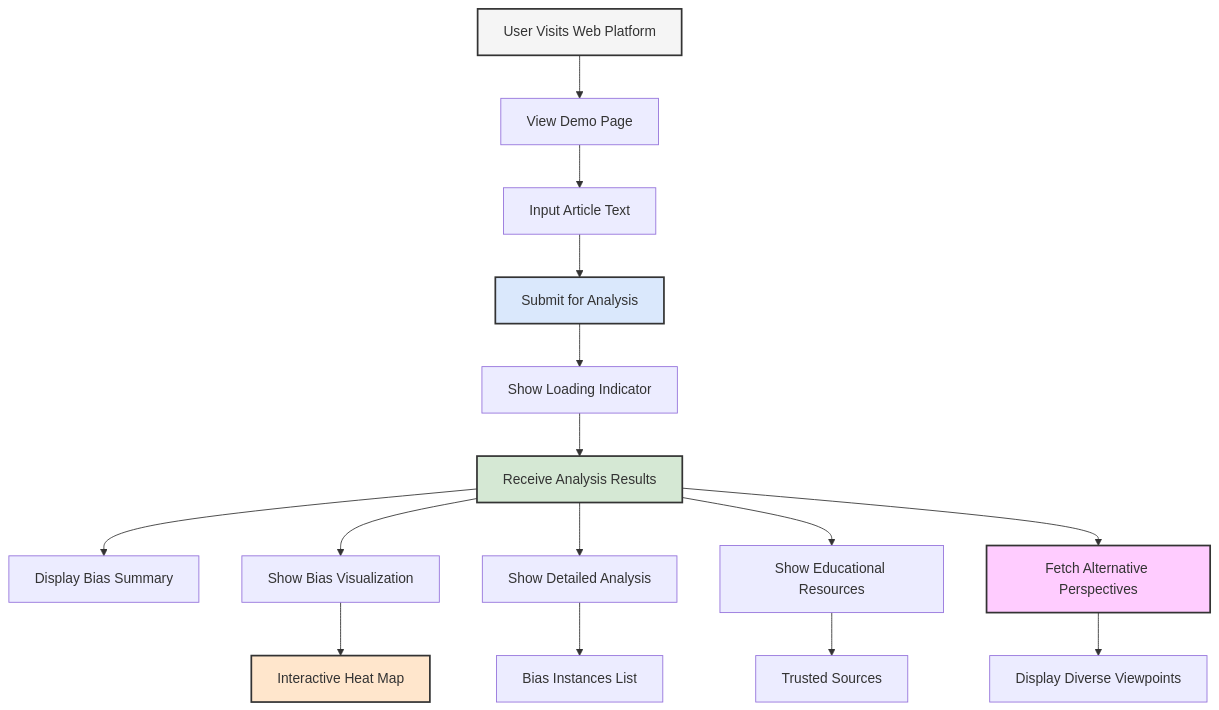
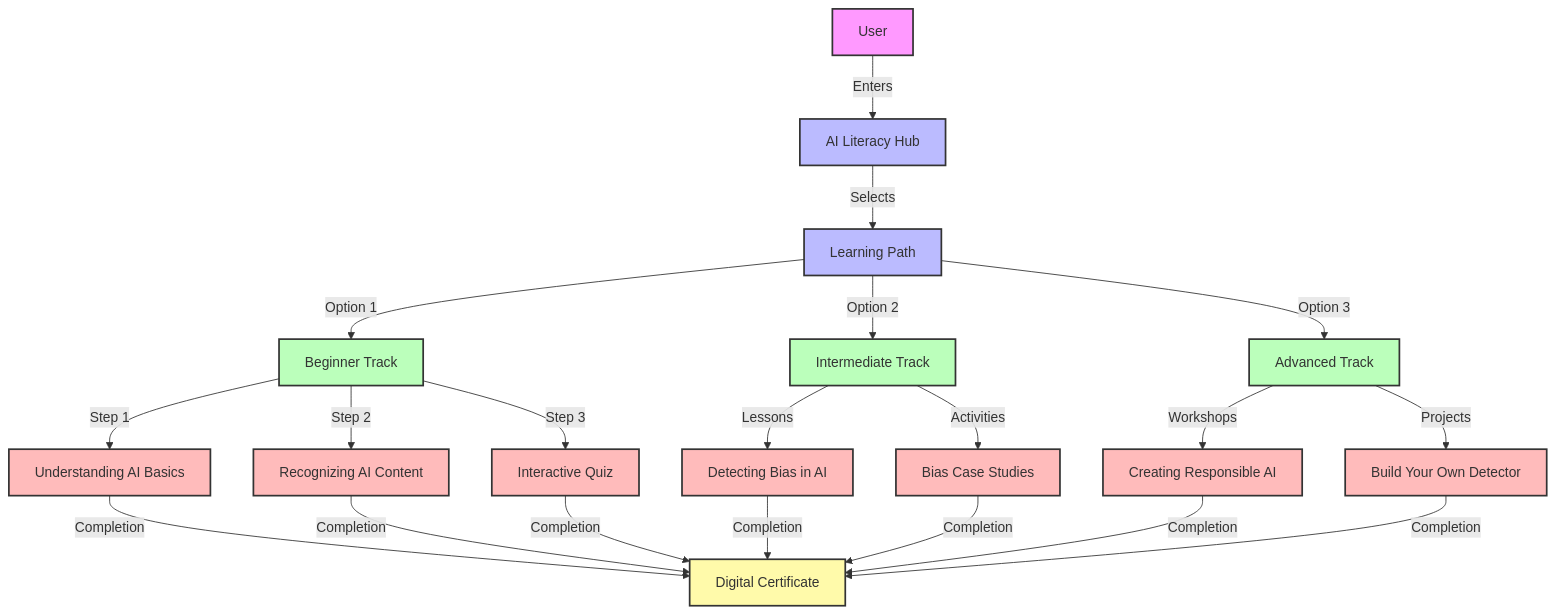
The fourth of 5 diagrams in FLOWCHART.md (amarzeus/Biasbuster), drawn with Mermaid before and after one commit. The commit also changed other lines of this file and 45 other files, not shown here.

````diff
--- a/FLOWCHART.md
+++ b/FLOWCHART.md
@@ -155,26 +89,36 @@
 ```mermaid
-flowchart TD
-    A[User Visits Web Platform] --> B[View Demo Page]
-    B --> C[Input Article Text]
-    C --> D[Submit for Analysis]
+graph TD
+    A[User] -->|Enters| B[AI Literacy Hub]
+    B -->|Selects| C[Learning Path]
     
-    D --> E[Show Loading Indicator]
-    E --> F[Receive Analysis Results]
+    C -->|Option 1| D[Beginner Track]
+    C -->|Option 2| E[Intermediate Track]
+    C -->|Option 3| F[Advanced Track]
     
-    F --> G[Display Bias Summary]
-    F --> H[Show Bias Visualization]
-    F --> I[Show Detailed Analysis]
-    F --> J[Show Educational Resources]
-    F --> N[Fetch Alternative Perspectives]
+    D -->|Step 1| G[Understanding AI Basics]
+    D -->|Step 2| H[Recognizing AI Content]
+    D -->|Step 3| I[Interactive Quiz]
     
-    H --> K[Interactive Heat Map]
-    I --> L[Bias Instances List]
-    J --> M[Trusted Sources]
-    N --> O[Display Diverse Viewpoints]
+    E -->|Lessons| J[Detecting Bias in AI]
+    E -->|Activities| K[Bias Case Studies]
     
-    style A fill:#f5f5f5,stroke:#333,stroke-width:2px
-    style D fill:#dae8fc,stroke:#333,stroke-width:2px
-    style F fill:#d5e8d4,stroke:#333,stroke-width:2px
-    style K fill:#ffe6cc,stroke:#333,stroke-width:2px
-    style N fill:#ffccff,stroke:#333,stroke-width:2px
+    F -->|Workshops| L[Creating Responsible AI]
+    F -->|Projects| M[Build Your Own Detector]
+    
+    G & H & I & J & K & L & M -->|Completion| N[Digital Certificate]
+    
+    style A fill:#f9f,stroke:#333,stroke-width:2px
+    style B fill:#bbf,stroke:#333,stroke-width:2px
+    style C fill:#bbf,stroke:#333,stroke-width:2px
+    style D fill:#bfb,stroke:#333,stroke-width:2px
+    style E fill:#bfb,stroke:#333,stroke-width:2px
+    style F fill:#bfb,stroke:#333,stroke-width:2px
+    style G fill:#fbb,stroke:#333,stroke-width:2px
+    style H fill:#fbb,stroke:#333,stroke-width:2px
+    style I fill:#fbb,stroke:#333,stroke-width:2px
+    style J fill:#fbb,stroke:#333,stroke-width:2px
+    style K fill:#fbb,stroke:#333,stroke-width:2px
+    style L fill:#fbb,stroke:#333,stroke-width:2px
+    style M fill:#fbb,stroke:#333,stroke-width:2px
+    style N fill:#fffaaa,stroke:#333,stroke-width:2px
 ```
````
